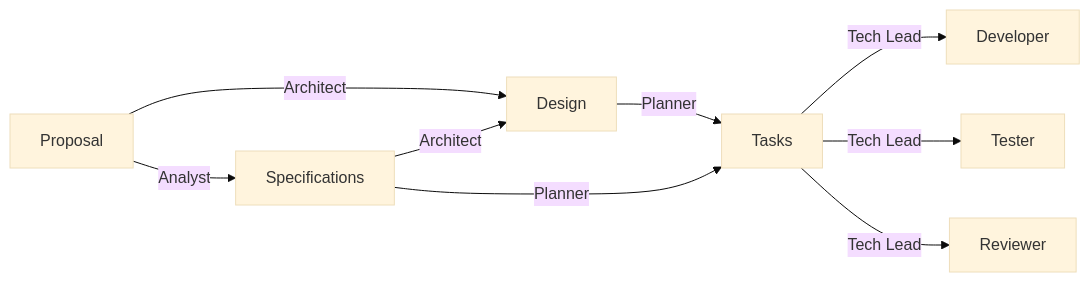
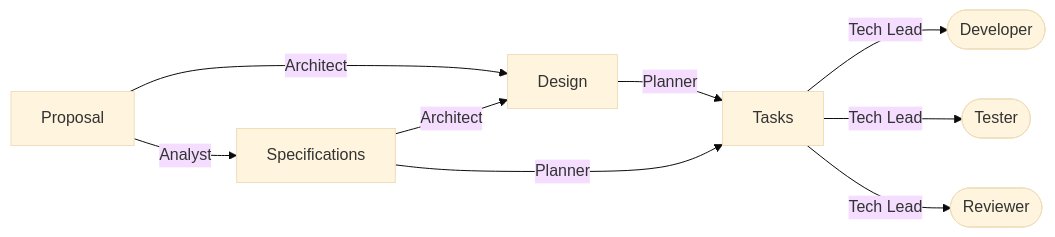
The first of 2 diagrams in talks/agentic-software-engineering.qmd (aadityabhatia/bhatia.dev), drawn with Mermaid (base theme) before and after one commit. The commit also changed other lines of this file, not shown here.

````diff
--- a/talks/agentic-software-engineering.qmd
+++ b/talks/agentic-software-engineering.qmd
@@ -55,12 +59,13 @@
 ```{mermaid}
 %%| fig-width: 16
+%%| fig-height: 4
 flowchart LR
     Proposal --Architect --> Design
     Proposal --Analyst --> Specifications
     Specifications --Architect --> Design
     Specifications --Planner --> Tasks
     Design --Planner --> Tasks
-    Tasks --Tech Lead--> Developer
-    Tasks --Tech Lead--> Tester
-    Tasks --Tech Lead--> Reviewer
+    Tasks --Tech Lead--> Developer([Developer])
+    Tasks --Tech Lead--> Tester([Tester])
+    Tasks --Tech Lead--> Reviewer([Reviewer])
 ```
````
